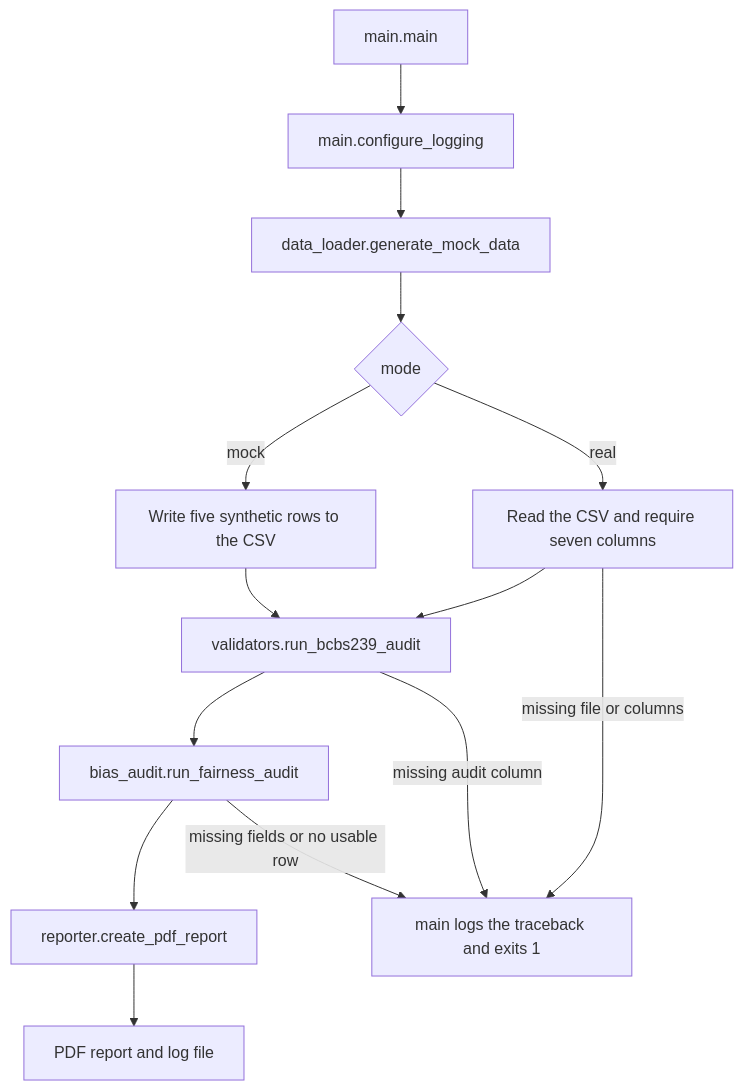
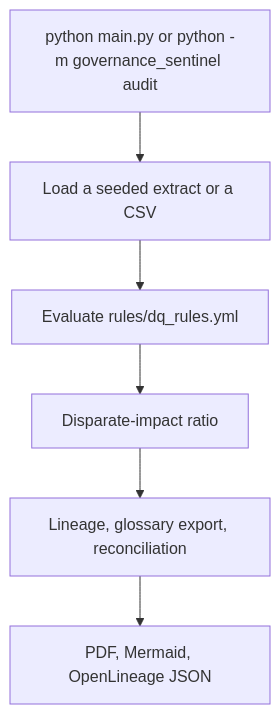
One commit to delens/Governance-Sentinel changed the first of 5 diagrams in README.md. Above: the diagram before and after it, drawn with Mermaid. The commit also changed other lines of this file and 43 other files, not shown here.

First line of the commit message:
Turn Governance-Sentinel into a portfolio risk-data audit (#3)

````diff
--- a/README.md
+++ b/README.md
@@ -35,16 +65,8 @@
 ```mermaid
 flowchart TD
-  start["main.main"] --> logging["main.configure_logging"]
-  logging --> load["data_loader.generate_mock_data"]
-  load --> mode{"mode"}
-  mode -->|mock| mock["Write five synthetic rows to the CSV"]
-  mode -->|real| real["Read the CSV and require seven columns"]
-  mock --> audit["validators.run_bcbs239_audit"]
-  real --> audit
-  audit --> bias["bias_audit.run_fairness_audit"]
-  bias --> report["reporter.create_pdf_report"]
-  report --> files["PDF report and log file"]
-  real -->|missing file or columns| halt["main logs the traceback and exits 1"]
-  audit -->|missing audit column| halt
-  bias -->|missing fields or no usable row| halt
+  start["python main.py or python -m governance_sentinel audit"] --> load["Load a seeded extract or a CSV"]
+  load --> rules["Evaluate rules/dq_rules.yml"]
+  rules --> fairness["Disparate-impact ratio"]
+  fairness --> lineage["Lineage, glossary export, reconciliation"]
+  lineage --> pdf["PDF, Mermaid, OpenLineage JSON"]
 ```
````
